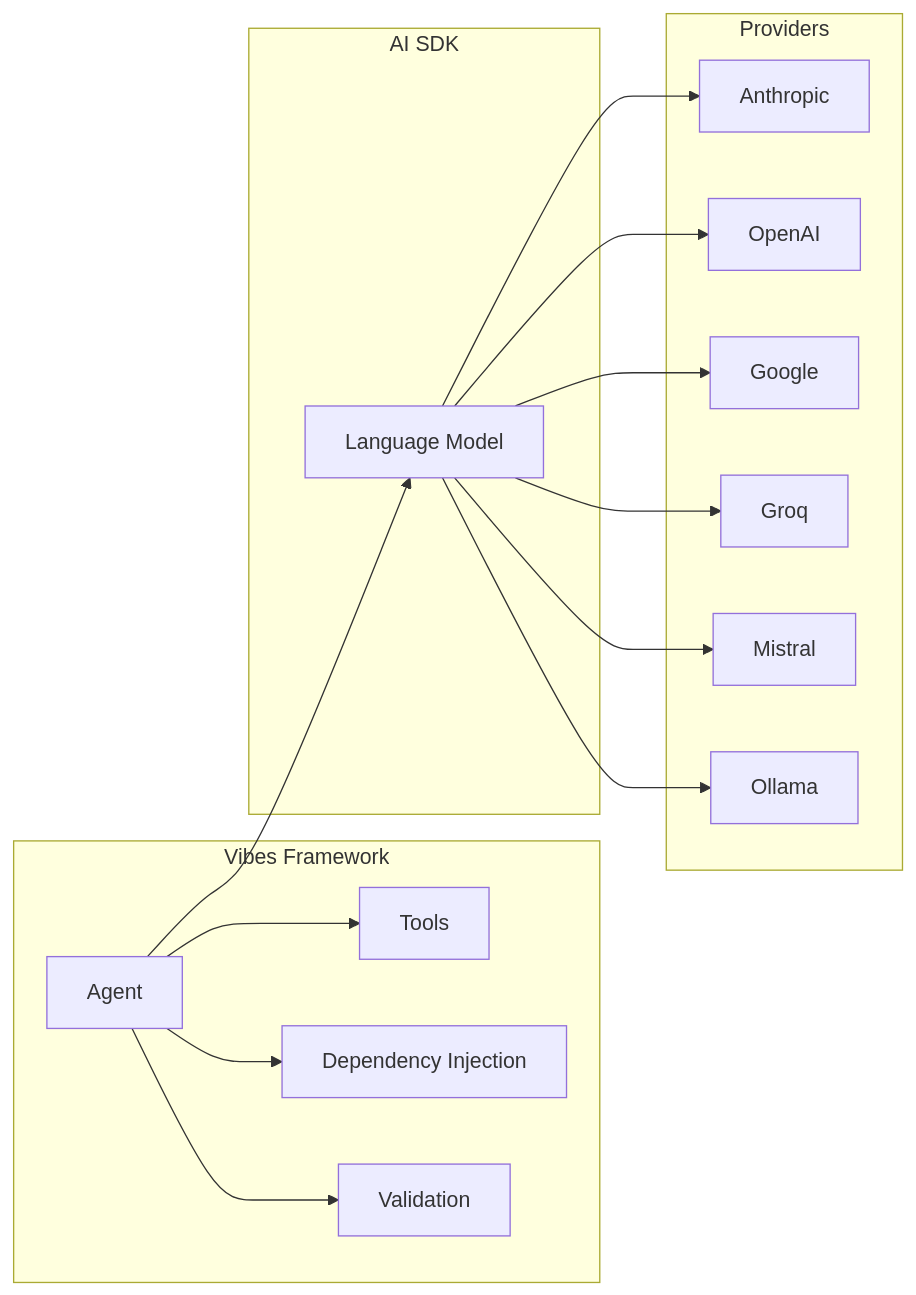
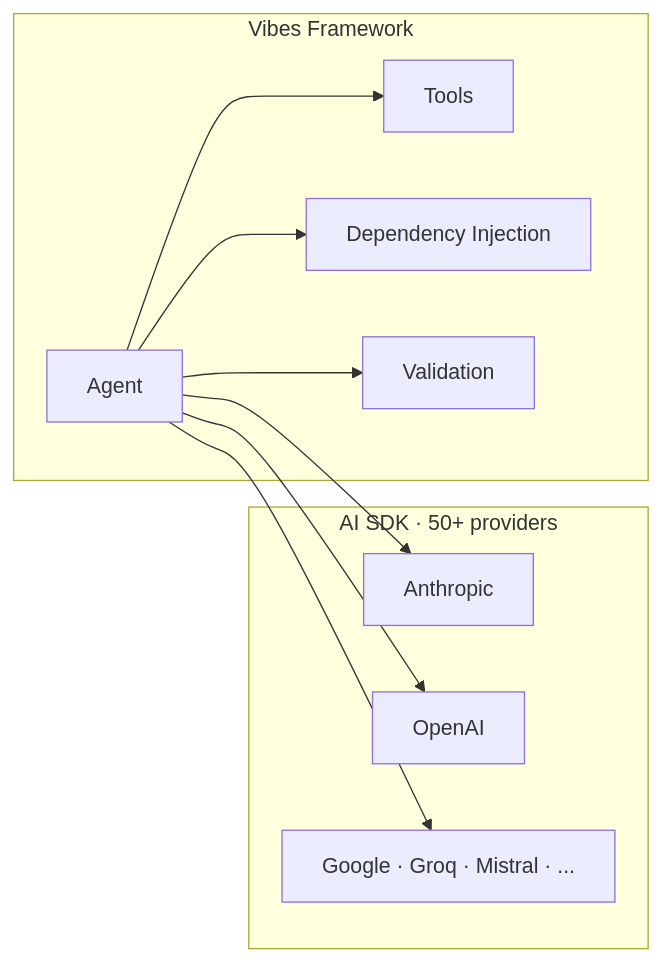
The diagram in packages/framework/docs/getting-started/install.mdx (a7ul/vibes), drawn with Mermaid before and after one commit. The commit also changed 2 other files, not shown here.

````diff
--- a/packages/framework/docs/getting-started/install.mdx
+++ b/packages/framework/docs/getting-started/install.mdx
@@ -66,19 +66,13 @@
 ```mermaid
 graph LR
     subgraph "Vibes Framework"
         Agent --> Tools
         Agent --> DI[Dependency Injection]
         Agent --> Validation
     end
-    subgraph "AI SDK"
-        Agent --> Model[Language Model]
-    end
-    subgraph Providers
-        Model --> Anthropic
-        Model --> OpenAI
-        Model --> Google
-        Model --> Groq
-        Model --> Mistral
-        Model --> Ollama
+    subgraph "AI SDK · 50+ providers"
+        Agent --> Anthropic
+        Agent --> OpenAI
+        Agent --> More[Google · Groq · Mistral · ...]
     end
 ```
````
